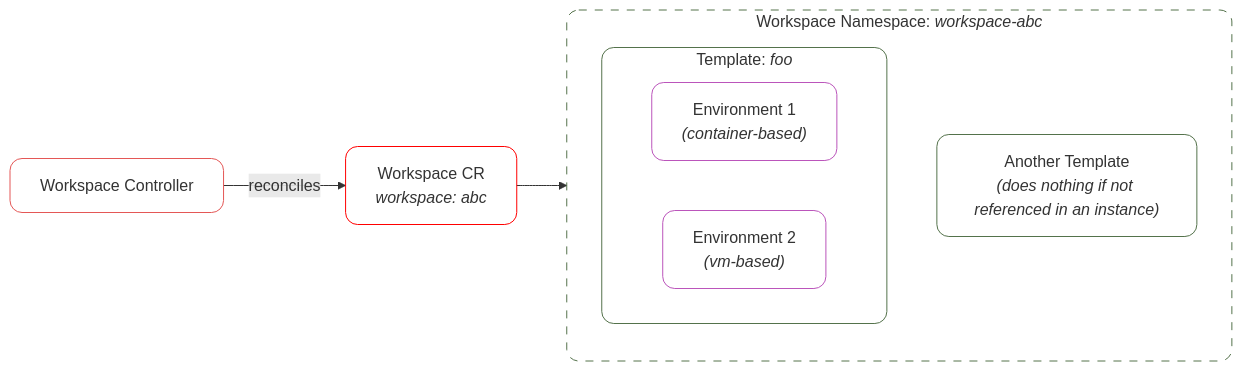
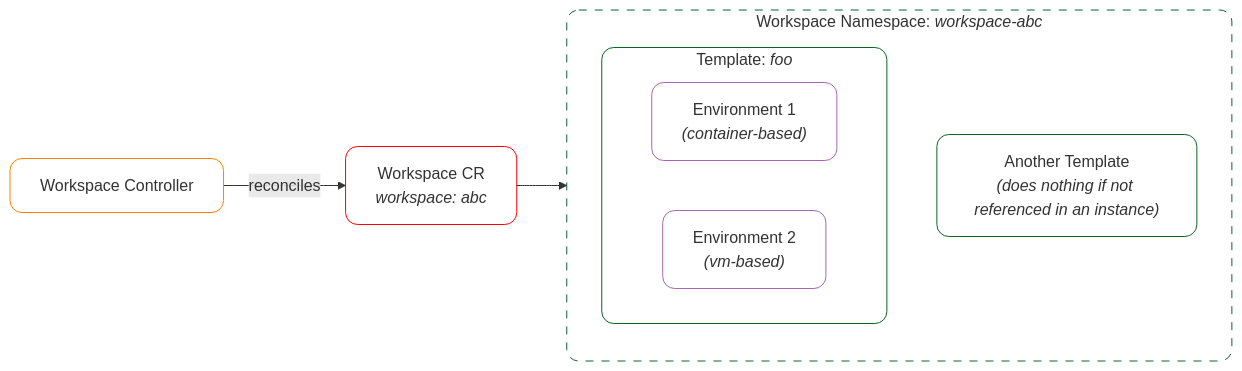
Before and after one commit to netgroup-polito/CrownLabs: the sixth of 8 diagrams in BIGPICTURE.md, drawn with Mermaid. The commit also changed other lines of this file, not shown here.

Commit message:
refactored of mermaid stiles

````diff
--- a/BIGPICTURE.md
+++ b/BIGPICTURE.md
@@ -264,33 +268,30 @@
 ```mermaid
 flowchart LR
 
-WorkspaceController["Workspace Controller"]
+WorkspaceController["Workspace Controller"]:::ControllerStyle
 WorkspaceCR["`Workspace CR
-    _workspace: abc_`"]
+    _workspace: abc_`"]:::CustomResourceStyle
 subgraph WorkspaceNS["`Workspace Namespace: _workspace-abc_`"]
     subgraph TemplateFoo["`Template: _foo_`"]
         EnvContainer["`Environment 1
-            _(container-based)_`"]
+            _(container-based)_`"]:::EnvironmentStyle
         EnvVM["`Environment 2
-            _(vm-based)_`"]
+            _(vm-based)_`"]:::EnvironmentStyle
     end
 
     TemplateOther["`Another Template
         _(does nothing if not referenced in an instance)_`"]
 end
 
 WorkspaceController -- reconciles --> WorkspaceCR
 WorkspaceCR --> WorkspaceNS
 
-classDef ControllerBS stroke:#E45756,rx:12,ry:12,fill:none
-classDef WorkspaceBS stroke:#54724B,rx:12,ry:12,fill:none
-classDef WorkspaceDashedBS stroke:#54724B,rx:12,ry:12,fill:none,stroke-dasharray:8
-classDef CustomResourceBS stroke:#FF0000,rx:12,ry:12,fill:none
-classDef EnvironmentBS stroke:#BB55BB,rx:12,ry:12,fill:none
+classDef ControllerStyle stroke:#FF8000,rx:12,ry:12,fill:none
+classDef TemplateStyle stroke:#0A6522,rx:12,ry:12,fill:none
+classDef CustomResourceStyle stroke:#FF0000,rx:12,ry:12,fill:none
+classDef EnvironmentStyle stroke:#A865B5,rx:12,ry:12,fill:none
+classDef WorkspaceNSStyle stroke:#0A6522,rx:12,ry:12,fill:none,stroke-dasharray:8
 
-class WorkspaceNS WorkspaceDashedBS
-class TemplateFoo,TemplateOther WorkspaceBS
-class WorkspaceController ControllerBS
-class WorkspaceCR CustomResourceBS
-class EnvContainer,EnvVM EnvironmentBS
+class WorkspaceNS WorkspaceNSStyle
+class TemplateFoo,TemplateOther TemplateStyle
 ```
````
